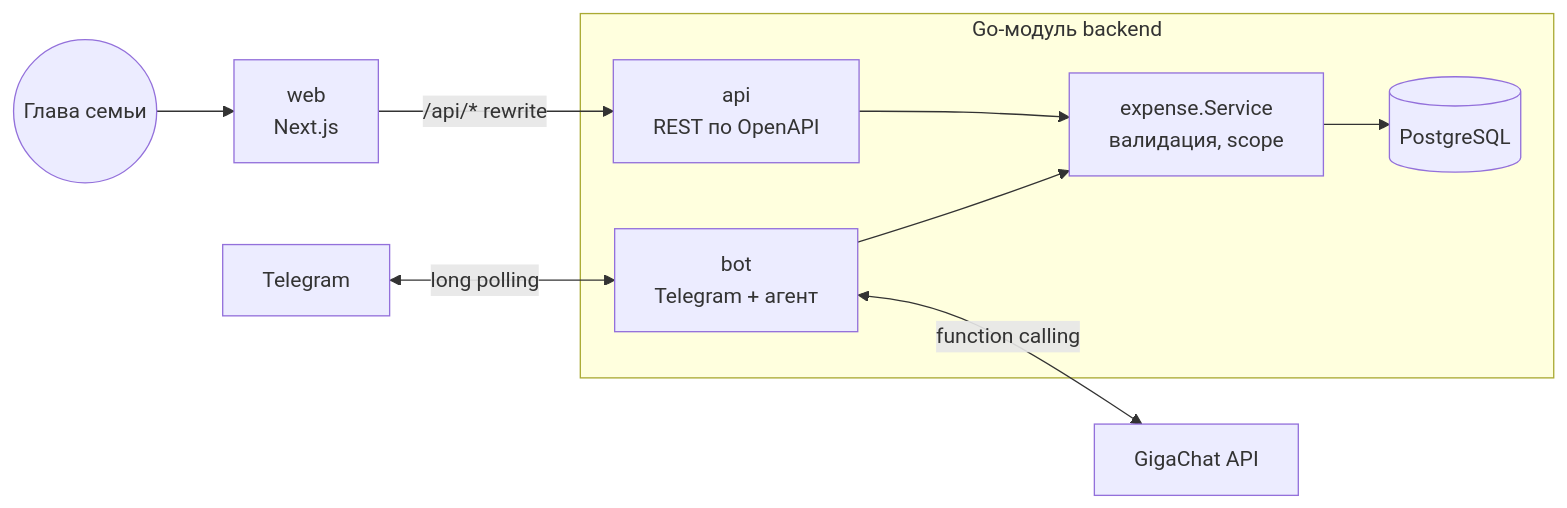
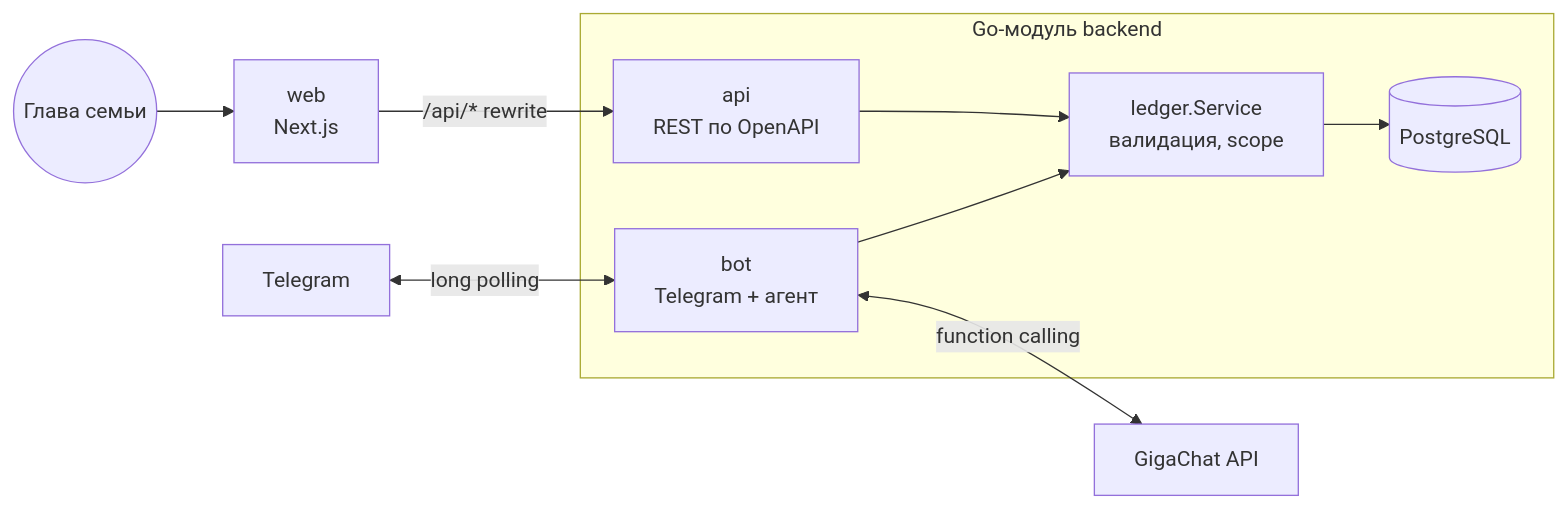
Before and after one commit to Rics69/AI-tracking-bot: the diagram in README.md, drawn with Mermaid. The commit also changed other lines of this file and 24 other files, not shown here.

First line of the commit message:
refactor: rename the expense package to ledger

````diff
--- a/README.md
+++ b/README.md
@@ -58,12 +58,12 @@
 ```mermaid
 flowchart LR
     TG[Telegram] <-->|long polling| BOT
     subgraph Go-модуль backend
-        BOT[bot<br/>Telegram + агент] --> SVC[expense.Service<br/>валидация, scope]
+        BOT[bot<br/>Telegram + агент] --> SVC[ledger.Service<br/>валидация, scope]
         API[api<br/>REST по OpenAPI] --> SVC
         SVC --> REPO[(PostgreSQL)]
     end
     BOT <-->|function calling| LLM[GigaChat API]
     WEB[web<br/>Next.js] -->|/api/* rewrite| API
     User((Глава семьи)) --> WEB
 ```
````
